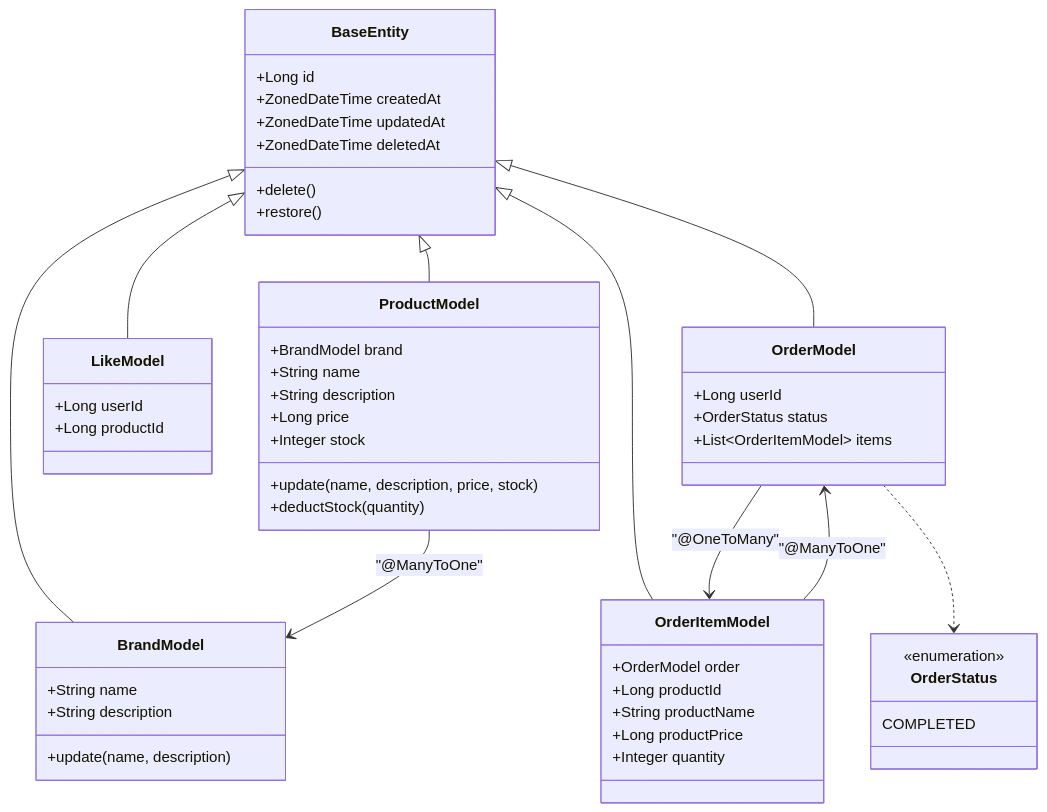
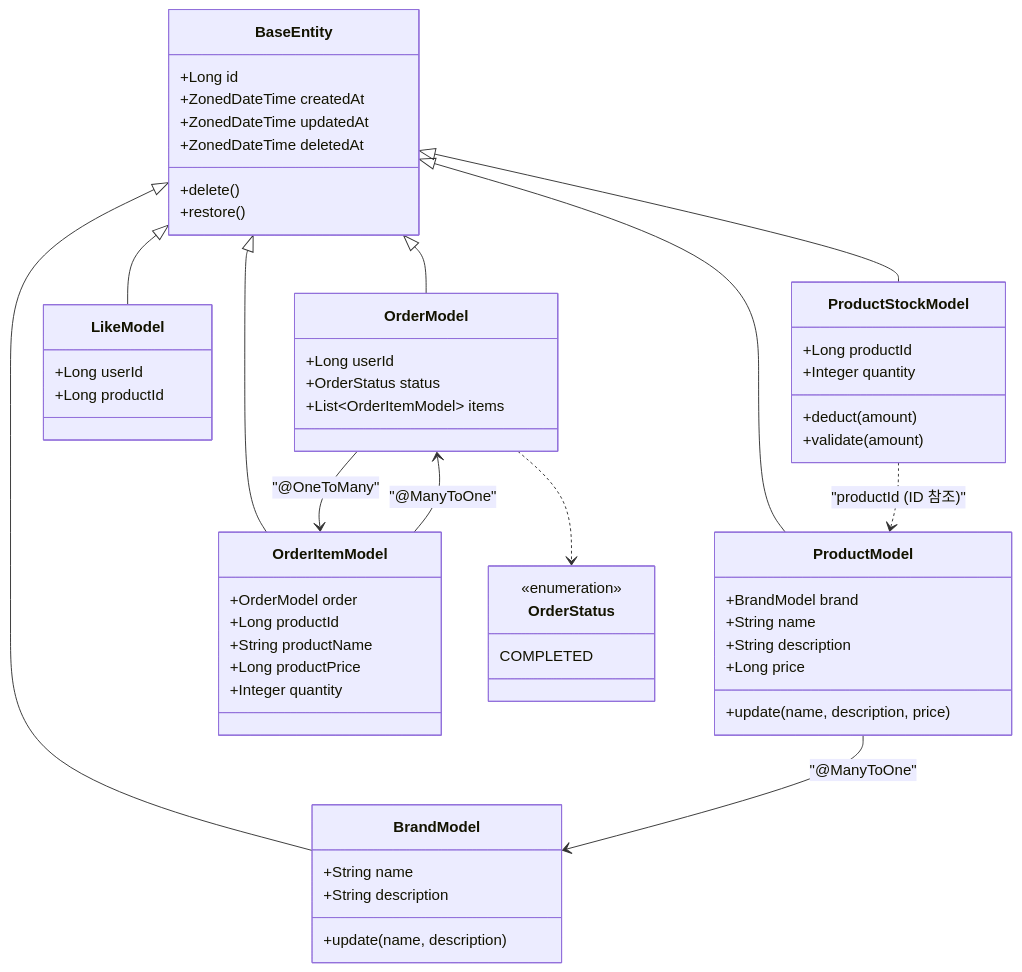
Before and after one commit to loopers-labs/loop-pack-be-l2-vol4-java: the second of 5 diagrams in docs/v3/design.md, drawn with Mermaid. The commit also changed other lines of this file and 1 other file, not shown here.

First line of the commit message:
docs: product_stock 별도 테이블 분리 설계 반영 (ADR-006)

````diff
--- a/docs/v3/design.md
+++ b/docs/v3/design.md
@@ -116,61 +126,68 @@
 ```mermaid
 classDiagram
     class BaseEntity {
         +Long id
         +ZonedDateTime createdAt
         +ZonedDateTime updatedAt
         +ZonedDateTime deletedAt
         +delete()
         +restore()
     }
 
     class BrandModel {
         +String name
         +String description
         +update(name, description)
     }
 
     class ProductModel {
         +BrandModel brand
         +String name
         +String description
         +Long price
-        +Integer stock
-        +update(name, description, price, stock)
-        +deductStock(quantity)
+        +update(name, description, price)
+    }
+
+    class ProductStockModel {
+        +Long productId
+        +Integer quantity
+        +deduct(amount)
+        +validate(amount)
     }
 
     class LikeModel {
         +Long userId
         +Long productId
     }
 
     class OrderModel {
         +Long userId
         +OrderStatus status
         +List~OrderItemModel~ items
     }
 
     class OrderItemModel {
         +OrderModel order
         +Long productId
         +String productName
         +Long productPrice
         +Integer quantity
     }
 
     class OrderStatus {
         <<enumeration>>
         COMPLETED
     }
 
     BaseEntity <|-- BrandModel
     BaseEntity <|-- ProductModel
+    BaseEntity <|-- ProductStockModel
     BaseEntity <|-- LikeModel
     BaseEntity <|-- OrderModel
     BaseEntity <|-- OrderItemModel
     ProductModel --> BrandModel : "@ManyToOne"
+    ProductStockModel ..> ProductModel : "productId (ID 참조)"
     OrderModel --> OrderItemModel : "@OneToMany"
     OrderItemModel --> OrderModel : "@ManyToOne"
     OrderModel ..> OrderStatus
 ```
````
